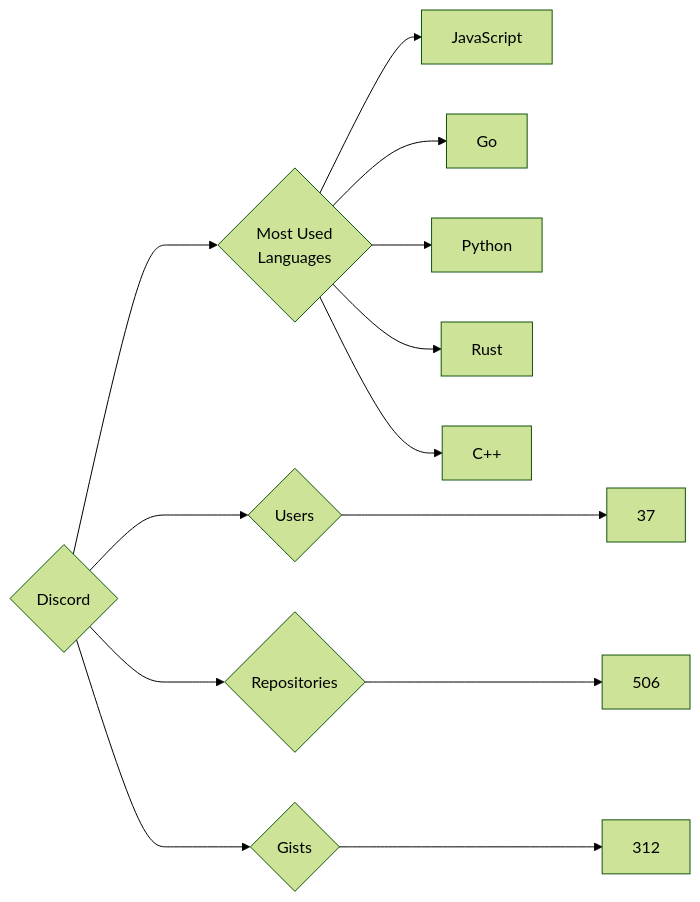
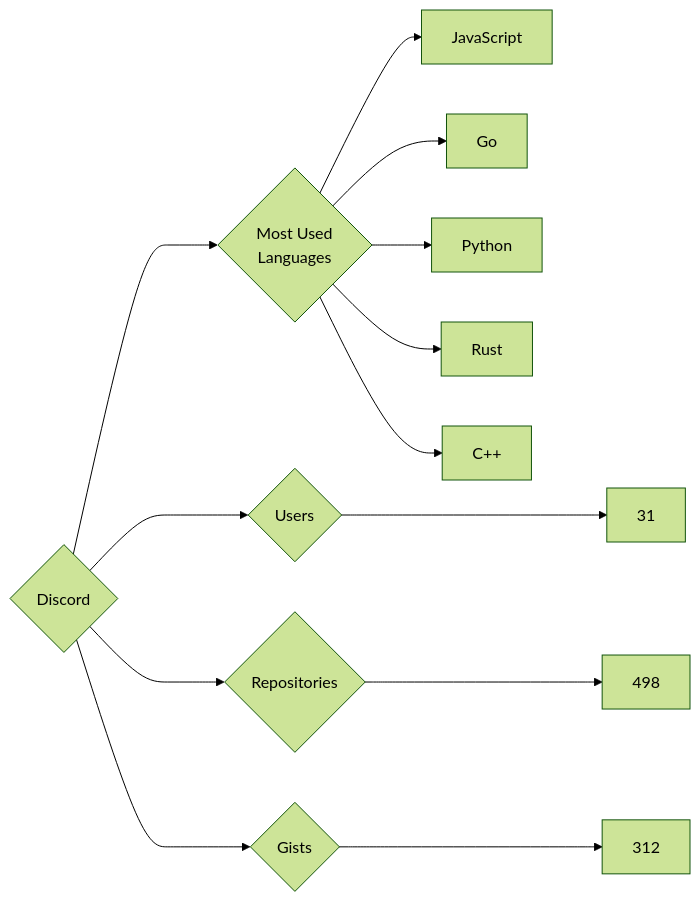
One commit to trickest/insiders changed the diagram in targets/Discord/README.md. Above: the diagram before and after it, drawn with Mermaid (forest theme). The commit also changed 748 other files, not shown here.

````diff
--- a/targets/Discord/README.md
+++ b/targets/Discord/README.md
@@ -3,13 +3,13 @@
 ```mermaid
 graph LR
 COMPANY_NAME{Discord}
-COMPANY_NAME ---> U{Users} ---> UN[37]
-COMPANY_NAME ---> R{Repositories} ---> RN[506]
+COMPANY_NAME ---> U{Users} ---> UN[31]
+COMPANY_NAME ---> R{Repositories} ---> RN[498]
 COMPANY_NAME ---> G{Gists} ---> GN[312]
 COMPANY_NAME ---> ML{Most Used<br>Languages}
 ML --> JavaScript[JavaScript]
 ML --> Go[Go]
 ML --> Python[Python]
 ML --> Rust[Rust]
 ML --> C++[C++]
 ```
````
